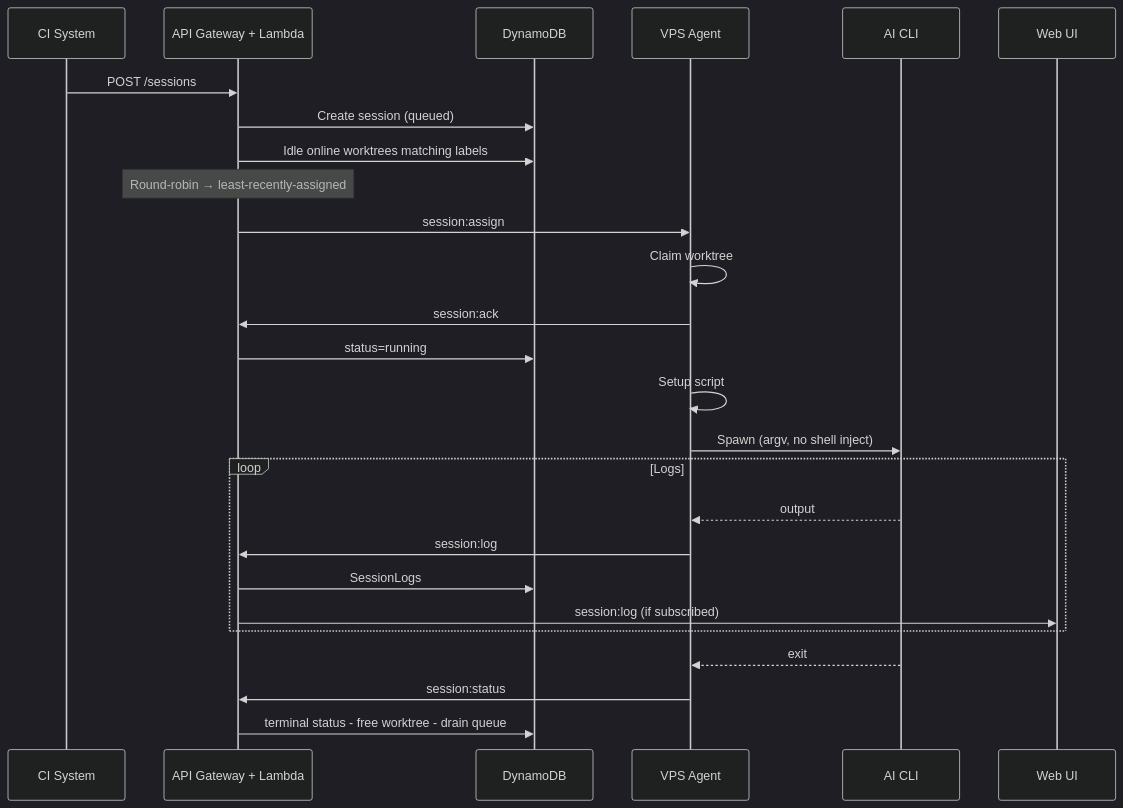
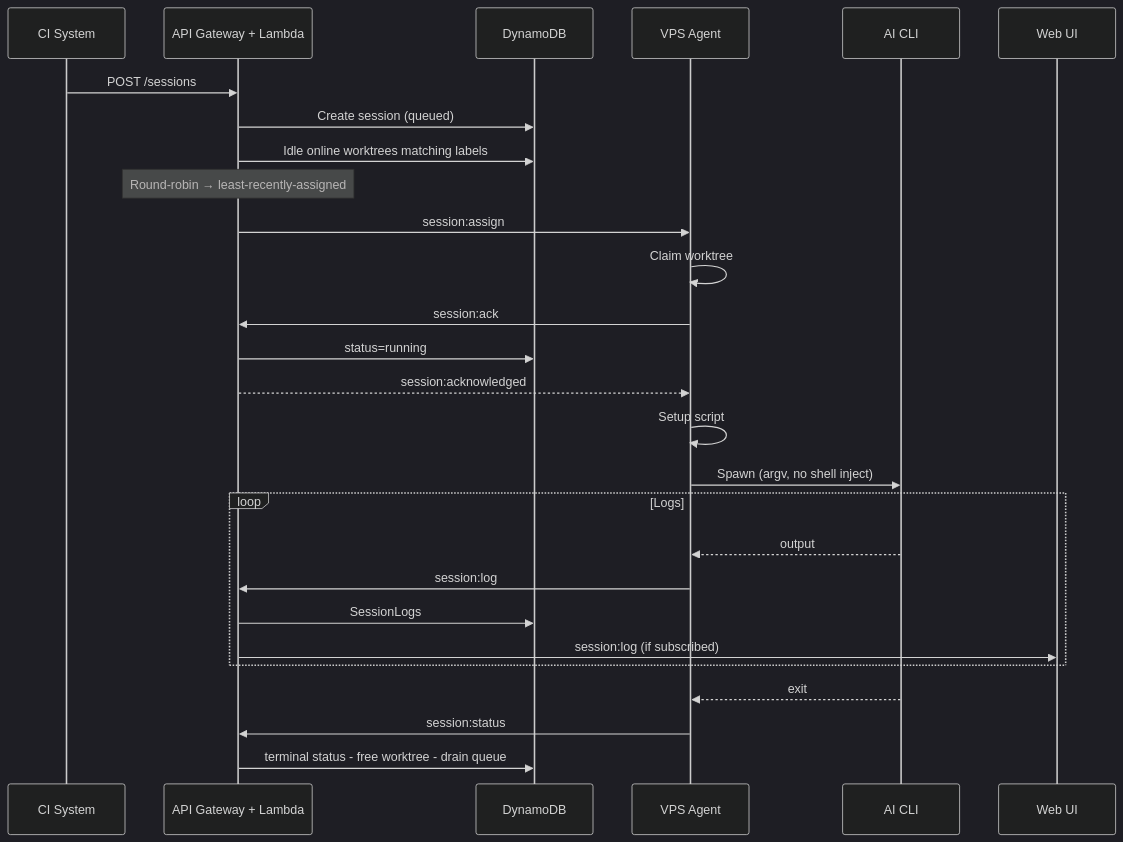
One commit to jonathanong/auto-harness changed the second of 4 diagrams in docs/architecture.md. Above: the diagram before and after it, drawn with Mermaid (dark theme). The commit also changed 26 other files, not shown here.

````diff
--- a/docs/architecture.md
+++ b/docs/architecture.md
@@ -77,29 +77,30 @@
 ```mermaid
 sequenceDiagram
     participant CI as CI System
     participant API as API Gateway + Lambda
     participant DDB as DynamoDB
     participant Agent as VPS Agent
     participant Tool as AI CLI
     participant UI as Web UI
 
     CI->>API: POST /sessions
     API->>DDB: Create session (queued)
     API->>DDB: Idle online worktrees matching labels
     Note over API: Round-robin → least-recently-assigned
     API->>Agent: session:assign
     Agent->>Agent: Claim worktree
     Agent->>API: session:ack
     API->>DDB: status=running
+    API-->>Agent: session:acknowledged
     Agent->>Agent: Setup script
     Agent->>Tool: Spawn (argv, no shell inject)
     loop Logs
         Tool-->>Agent: output
         Agent->>API: session:log
         API->>DDB: SessionLogs
         API->>UI: session:log (if subscribed)
     end
     Tool-->>Agent: exit
     Agent->>API: session:status
     API->>DDB: terminal status - free worktree - drain queue
 ```
````
